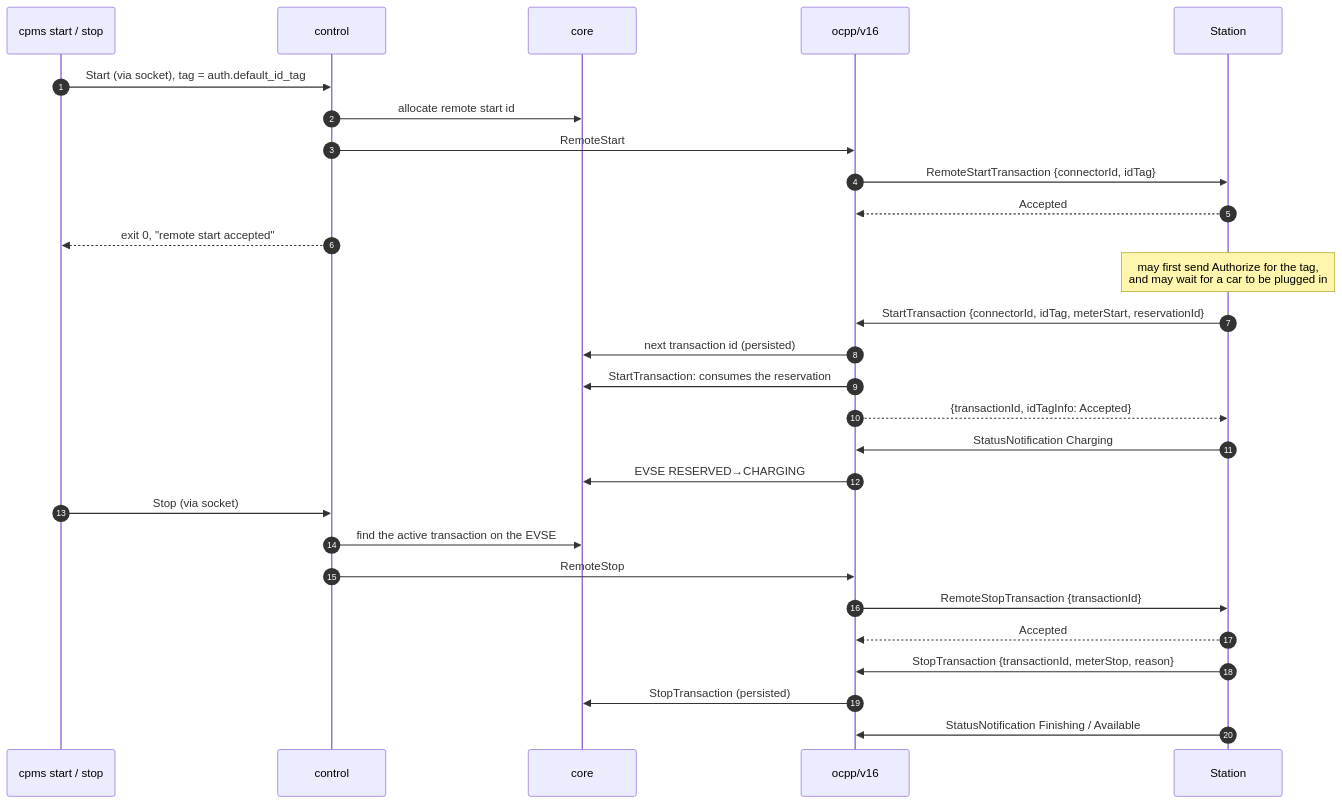
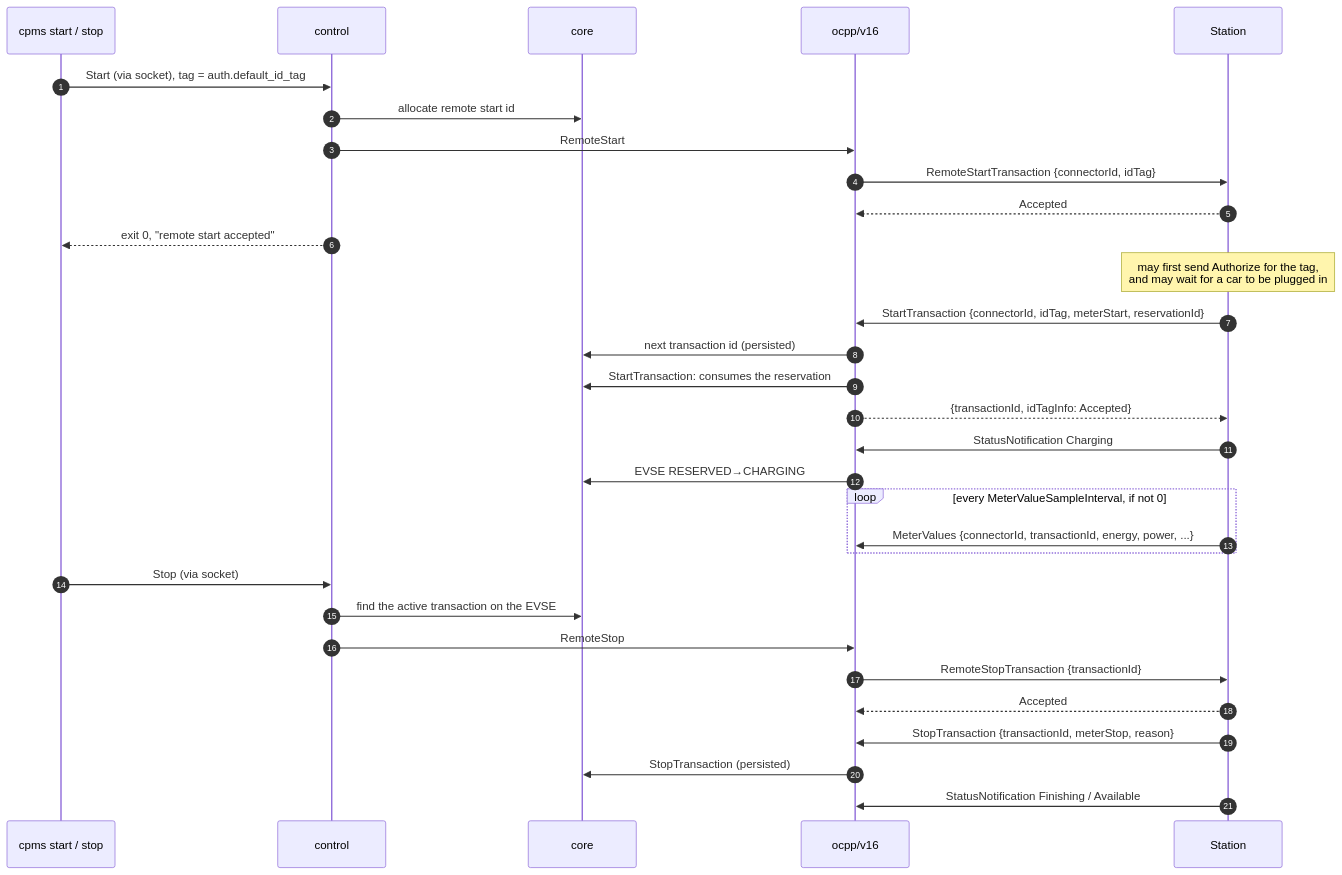
The fourth of 7 diagrams in README.md (wolffseb/headless-csms), drawn with Mermaid before and after one commit. The commit also changed other lines of this file and 10 other files, not shown here.

First line of the commit message:
simulator: stream MeterValues during a transaction (--meter-interval) (#37)

````diff
--- a/README.md
+++ b/README.md
@@ -502,32 +515,35 @@
 ```mermaid
 sequenceDiagram
     autonumber
     participant CLI as cpms start / stop
     participant Ctl as control
     participant Core as core
     participant V16 as ocpp/v16
     participant St as Station
 
     CLI->>Ctl: Start (via socket), tag = auth.default_id_tag
     Ctl->>Core: allocate remote start id
     Ctl->>V16: RemoteStart
     V16->>St: RemoteStartTransaction {connectorId, idTag}
     St-->>V16: Accepted
     Ctl-->>CLI: exit 0, "remote start accepted"
     Note over St: may first send Authorize for the tag,<br/>and may wait for a car to be plugged in
     St->>V16: StartTransaction {connectorId, idTag, meterStart, reservationId}
     V16->>Core: next transaction id (persisted)
     V16->>Core: StartTransaction: consumes the reservation
     V16-->>St: {transactionId, idTagInfo: Accepted}
     St->>V16: StatusNotification Charging
     V16->>Core: EVSE RESERVED→CHARGING
+    loop every MeterValueSampleInterval, if not 0
+        St->>V16: MeterValues {connectorId, transactionId, energy, power, ...}
+    end
 
     CLI->>Ctl: Stop (via socket)
     Ctl->>Core: find the active transaction on the EVSE
     Ctl->>V16: RemoteStop
     V16->>St: RemoteStopTransaction {transactionId}
     St-->>V16: Accepted
     St->>V16: StopTransaction {transactionId, meterStop, reason}
     V16->>Core: StopTransaction (persisted)
     St->>V16: StatusNotification Finishing / Available
 ```
````
